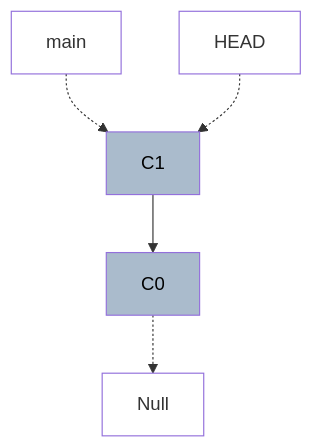
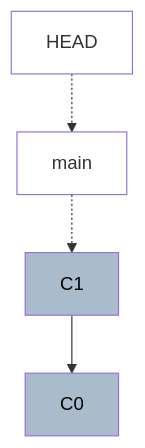
The second of 14 diagrams in posts/Git.qmd (ohshane/ohshane.github.io), drawn with Mermaid before and after one commit. The commit also changed other lines of this file, not shown here.

````diff
--- a/posts/Git.qmd
+++ b/posts/Git.qmd
@@ -35,8 +34,8 @@
 ```{mermaid}
 flowchart TB
-  C1:::commit --> C0:::commit -.-> Null:::pointer
+  C1:::commit --> C0:::commit
   main:::pointer -.-> C1
-  HEAD:::pointer -.-> C1
+  HEAD:::pointer -.-> main
   classDef commit fill: #abc, color: #000
   classDef pointer fill: #fff, color #000, font: #000
 ```
````
